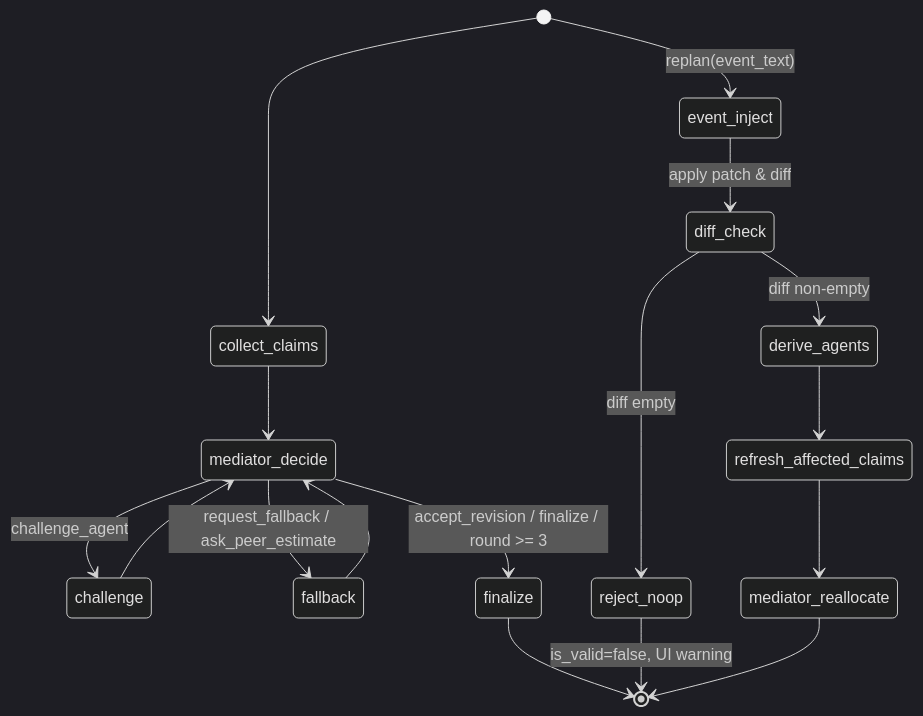
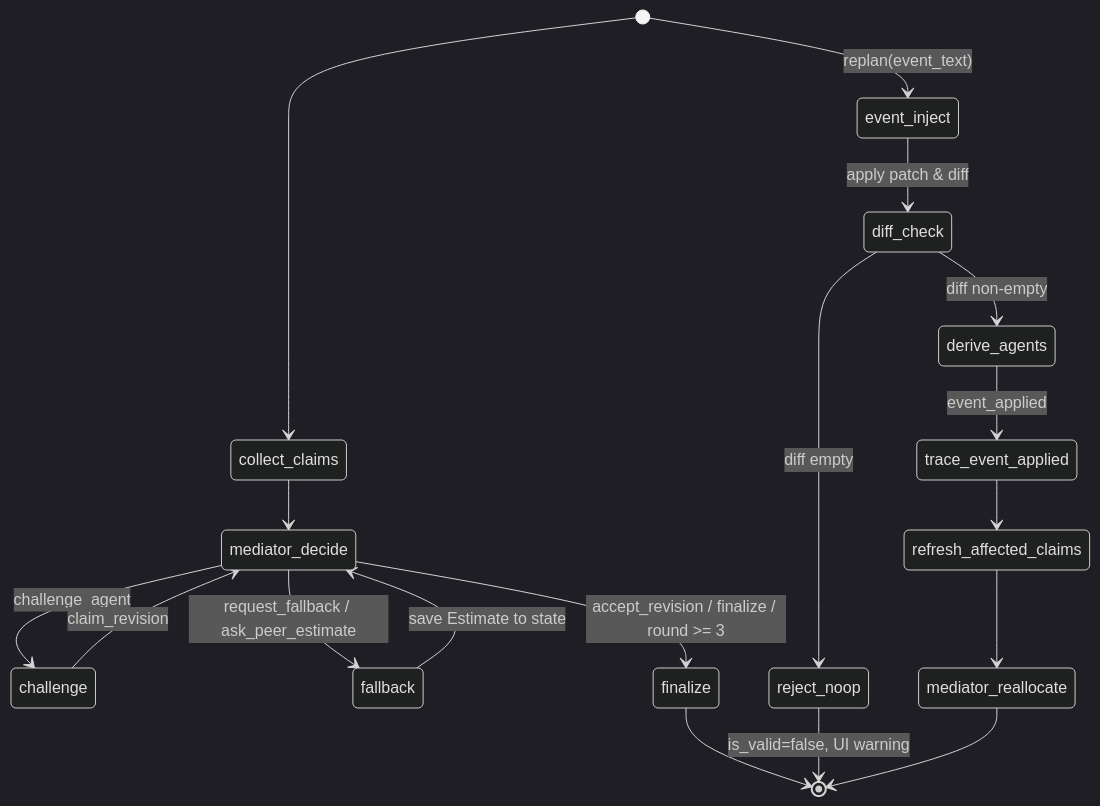
One commit to Sreenair-1/Disaster_Relief_Resource_Negotiator changed the second of 2 diagrams in docs/DESIGN.md. Above: the diagram before and after it, drawn with Mermaid (dark theme). The commit also changed other lines of this file and 5 other files, not shown here.

````diff
--- a/docs/DESIGN.md
+++ b/docs/DESIGN.md
@@ -148,19 +157,20 @@
 ```mermaid
 stateDiagram-v2
   [*] --> collect_claims
   collect_claims --> mediator_decide
   mediator_decide --> challenge: challenge_agent
   mediator_decide --> fallback: request_fallback / ask_peer_estimate
   mediator_decide --> finalize: accept_revision / finalize / round >= 3
-  challenge --> mediator_decide
-  fallback --> mediator_decide
+  challenge --> mediator_decide: claim_revision
+  fallback --> mediator_decide: save Estimate to state
   finalize --> [*]
   [*] --> event_inject: replan(event_text)
   event_inject --> diff_check: apply patch & diff
   diff_check --> reject_noop: diff empty
   diff_check --> derive_agents: diff non-empty
   reject_noop --> [*]: is_valid=false, UI warning
-  derive_agents --> refresh_affected_claims
+  derive_agents --> trace_event_applied: event_applied
+  trace_event_applied --> refresh_affected_claims
   refresh_affected_claims --> mediator_reallocate
   mediator_reallocate --> [*]
 ```
````
